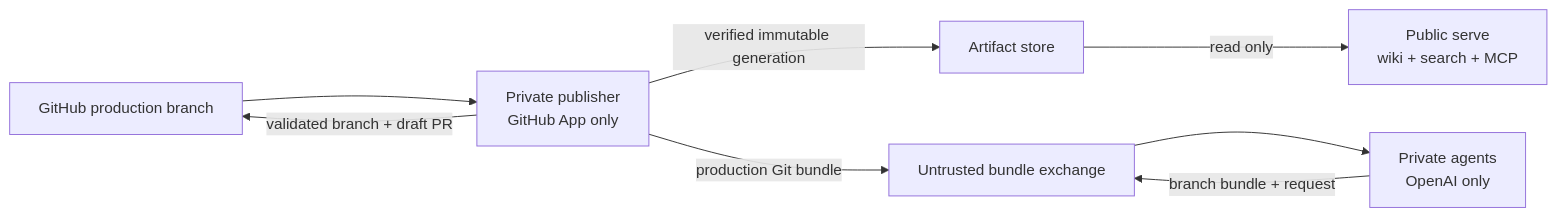
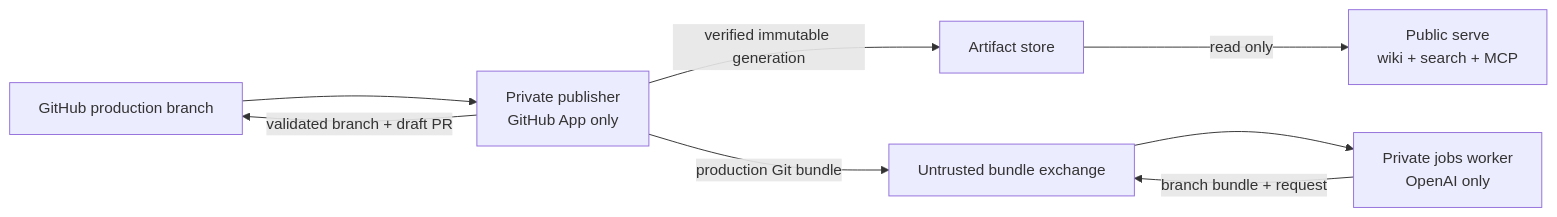
The diagram in Wiki/features/commands/runtime.md (openknowledge-sh/openknowledge), drawn with Mermaid before and after one commit. The commit also changed other lines of this file and 56 other files, not shown here.

````diff
--- a/Wiki/features/commands/runtime.md
+++ b/Wiki/features/commands/runtime.md
@@ -19,10 +19,10 @@
 ```mermaid
 flowchart LR
   GitHub["GitHub production branch"] --> Publisher["Private publisher<br/>GitHub App only"]
   Publisher -->|"verified immutable generation"| Artifacts["Artifact store"]
   Artifacts -->|"read only"| Serve["Public serve<br/>wiki + search + MCP"]
   Publisher -->|"production Git bundle"| Exchange["Untrusted bundle exchange"]
-  Exchange --> Agents["Private agents<br/>OpenAI only"]
-  Agents -->|"branch bundle + request"| Exchange
+  Exchange --> Jobs["Private jobs worker<br/>OpenAI only"]
+  Jobs -->|"branch bundle + request"| Exchange
   Publisher -->|"validated branch + draft PR"| GitHub
 ```
````
